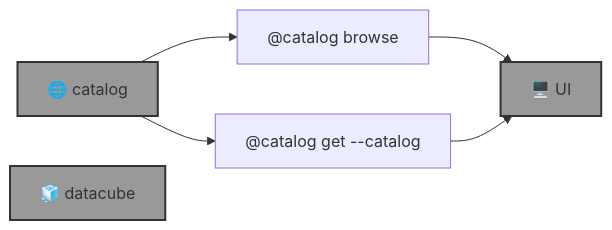
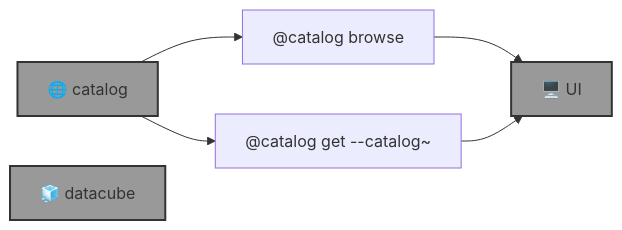
The diagram in template.md (kamangir/blue-geo), drawn with Mermaid before and after one commit. The commit also changed 3 other files, not shown here.

````diff
--- a/template.md
+++ b/template.md
@@ -9,17 +9,17 @@
 ```mermaid
 graph LR
     catalog_browse["@catalog browse <catalog-name> <resource>"]
-    catalog_get["@catalog get <thing> --catalog <catalog>"]
+    catalog_get["@catalog get <thing> --catalog~<catalog>"]
 
     catalog["🌐 catalog"]:::folder
     datacube_id["🧊 datacube"]:::folder
     UI["🖥️ UI"]:::folder
 
     catalog --> catalog_browse
     catalog_browse --> UI
 
     catalog --> catalog_get
     catalog_get --> UI
 
     classDef folder fill:#999,stroke:#333,stroke-width:2px;
 ```
````
